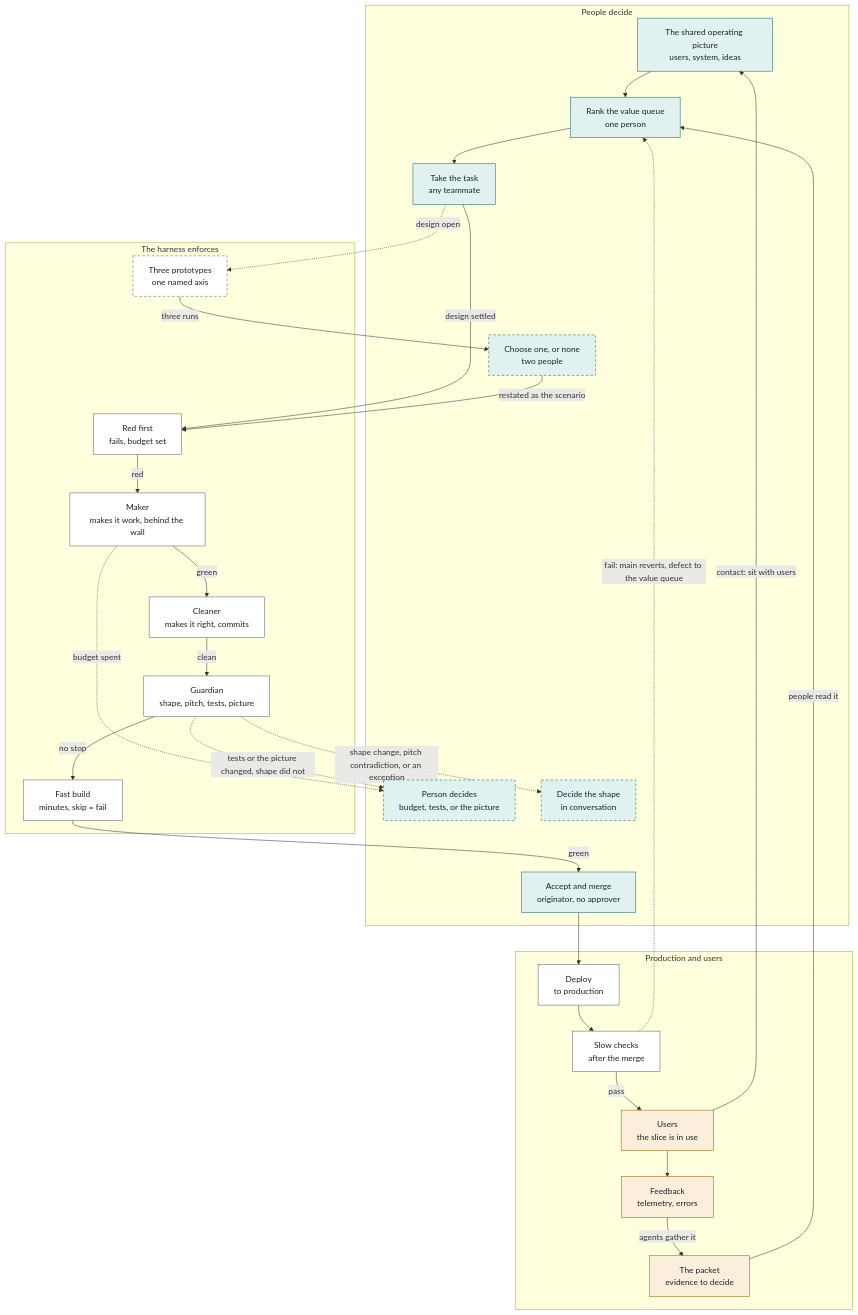
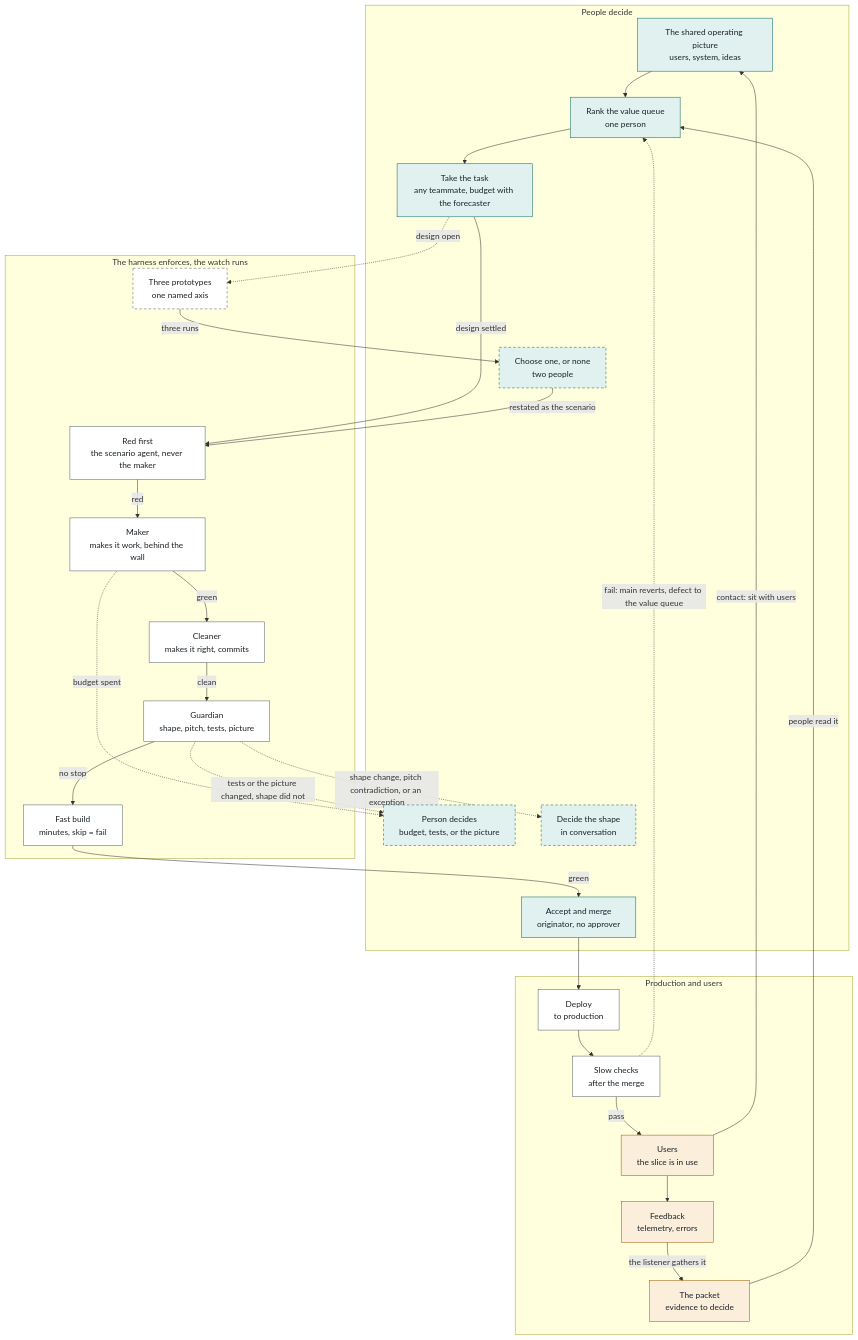
Before and after one commit to seanpk/xtremevibing.com: the diagram in loop.md, drawn with Mermaid. The commit also changed other lines of this file and 4 other files, not shown here.

Commit message:
Publish from xtreme-vibing 0b0e991: images/agents-watch.svg, images/loop-moves.svg, map.md, loop.md, agents.md

````diff
--- a/loop.md
+++ b/loop.md
@@ -56,59 +56,59 @@
 ```mermaid
 flowchart TB
   subgraph People["People decide"]
     picture["The shared operating picture<br/>users, system, ideas"]
     rank["Rank the value queue<br/>one person"]
-    take["Take the task<br/>any teammate"]
+    take["Take the task<br/>any teammate, budget with the forecaster"]
     choose["Choose one, or none<br/>two people"]
     decide["Person decides<br/>budget, tests, or the picture"]
     shape["Decide the shape<br/>in conversation"]
     merge["Accept and merge<br/>originator, no approver"]
   end
 
-  subgraph Harness["The harness enforces"]
+  subgraph Harness["The harness enforces, the watch runs"]
     protos["Three prototypes<br/>one named axis"]
-    red["Red first<br/>fails, budget set"]
+    red["Red first<br/>the scenario agent, never the maker"]
     maker["Maker<br/>makes it work, behind the wall"]
     cleaner["Cleaner<br/>makes it right, commits"]
     guardian["Guardian<br/>shape, pitch, tests, picture"]
     build["Fast build<br/>minutes, skip = fail"]
   end
 
   subgraph Use["Production and users"]
     deploy["Deploy<br/>to production"]
     slow["Slow checks<br/>after the merge"]
     users["Users<br/>the slice is in use"]
     feedback["Feedback<br/>telemetry, errors"]
     packet["The packet<br/>evidence to decide"]
   end
 
   picture --> rank --> take
   take -- "design settled" --> red
   take -. "design open" .-> protos
   protos -- "three runs" --> choose
   choose -- "restated as the scenario" --> red
   red -- "red" --> maker
   maker -- "green" --> cleaner
   cleaner -- "clean" --> guardian
   guardian -- "no stop" --> build
   build -- "green" --> merge
   merge --> deploy --> slow
   slow -- "pass" --> users
   slow -. "fail: main reverts, defect to the value queue" .-> rank
   users --> feedback
-  feedback -- "agents gather it" --> packet
+  feedback -- "the listener gathers it" --> packet
   packet -- "people read it" --> rank
   users -- "contact: sit with users" --> picture
   maker -. "budget spent" .-> decide
   guardian -. "tests or the picture changed, shape did not" .-> decide
   guardian -. "shape change, pitch contradiction, or an exception" .-> shape
 
   classDef people fill:#e0f1ef,stroke:#0d6a66,color:#1a2126
   classDef harness fill:#ffffff,stroke:#56626b,color:#1a2126
   classDef use fill:#fbefdc,stroke:#9a5a00,color:#1a2126
   classDef cond stroke-dasharray:5 4
   class picture,rank,take,choose,decide,shape,merge people
   class protos,red,maker,cleaner,guardian,build,deploy,slow harness
   class users,feedback,packet use
   class choose,decide,shape,protos cond
 ```
````
